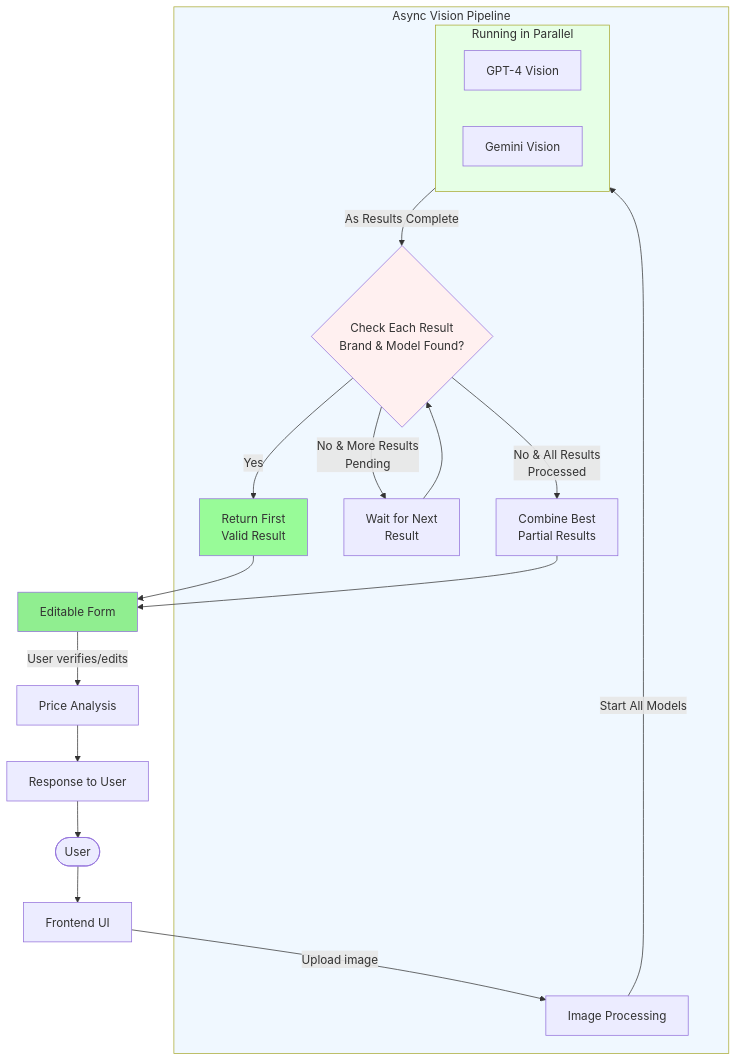
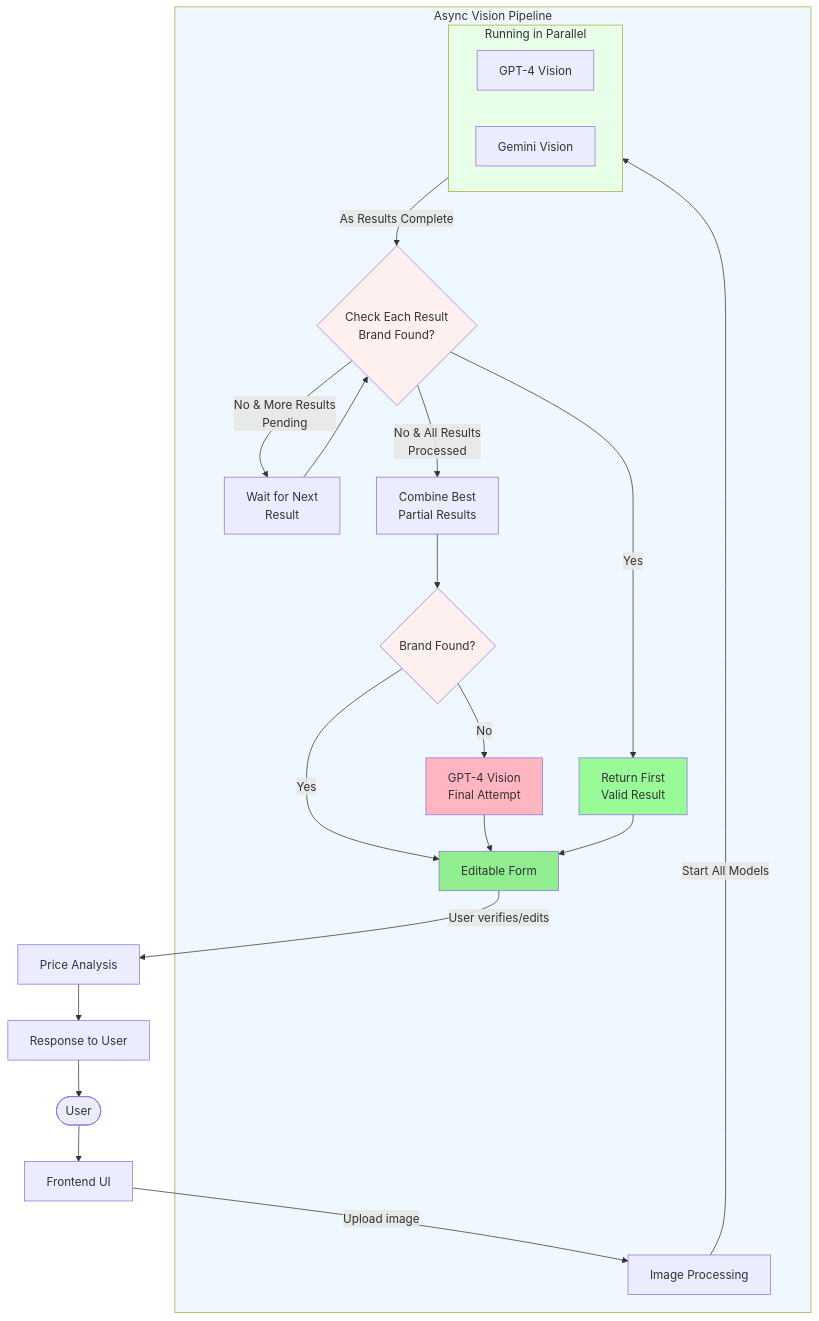
Before and after one commit to team-alya/kaluste-backend: the diagram in README.md, drawn with Mermaid. The commit also changed other lines of this file and 8 other files, not shown here.

````diff
--- a/README.md
+++ b/README.md
@@ -228,36 +228,42 @@
 ```mermaid
 flowchart TD
     User([User]) --> FrontendUI[Frontend UI]
     FrontendUI -->|Upload image| ImageProcess[Image Processing]
 
     subgraph AsyncPipeline[Async Vision Pipeline]
         ImageProcess --> |Start All Models| AsyncModels[Async Vision Models]
 
         subgraph AsyncModels[Running in Parallel]
             direction LR
             GPT4[GPT-4 Vision]
             Gemini[Gemini Vision]
         end
 
-        AsyncModels --> |As Results Complete| ResultCheck{Check Each Result<br>Brand & Model Found?}
+        AsyncModels --> |As Results Complete| ResultCheck{Check Each Result<br>Brand Found?}
 
         ResultCheck -->|Yes| StopAndUse[Return First<br>Valid Result]
         ResultCheck -->|No & More Results<br>Pending| WaitNext[Wait for Next<br>Result]
         WaitNext --> ResultCheck
 
         ResultCheck -->|No & All Results<br>Processed| CombineResults[Combine Best<br>Partial Results]
+
+        CombineResults --> CheckBrand{Brand Found?}
+        CheckBrand -->|Yes| EditableForm
+        CheckBrand -->|No| FinalGPT4[GPT-4 Vision<br>Final Attempt]
+        FinalGPT4 --> EditableForm
     end
 
     StopAndUse --> EditableForm[Editable Form]
-    CombineResults --> EditableForm
 
     EditableForm -->|User verifies/edits| PriceAnalysis[Price Analysis]
     PriceAnalysis --> ResponseUI[Response to User]
     ResponseUI --> User
 
     style AsyncPipeline fill:#f0f8ff
     style AsyncModels fill:#e6ffe6
     style ResultCheck fill:#fff0f0
     style EditableForm fill:#90EE90
     style StopAndUse fill:#98FB98
+    style FinalGPT4 fill:#FFB6C1
+    style CheckBrand fill:#fff0f0
 ```
````
